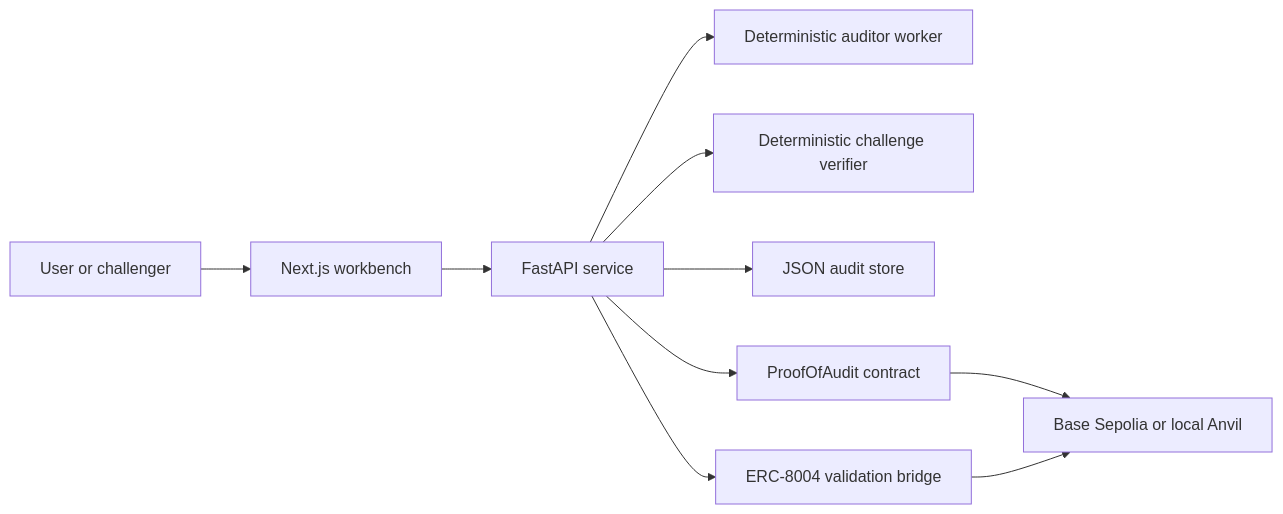
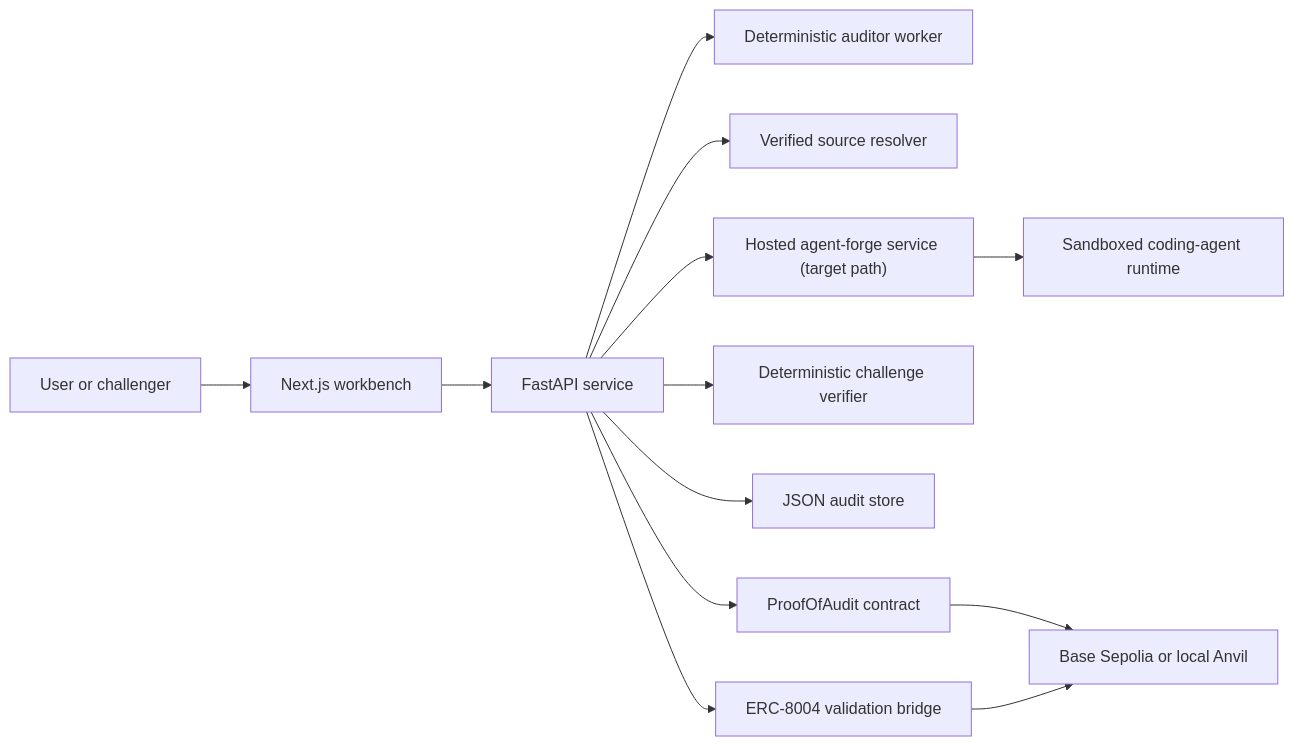
The diagram in docs/ARCHITECTURE.md (akoita/proof-of-audit), drawn with Mermaid before and after one commit. The commit also changed other lines of this file and 4 other files, not shown here.

First line of the commit message:
Define external agent-forge service contract

````diff
--- a/docs/ARCHITECTURE.md
+++ b/docs/ARCHITECTURE.md
@@ -14,12 +14,15 @@
 ```mermaid
 flowchart LR
     User["User or challenger"] --> Web["Next.js workbench"]
     Web --> API["FastAPI service"]
     API --> Worker["Deterministic auditor worker"]
+    API --> Resolver["Verified source resolver"]
+    API --> AgentForge["Hosted agent-forge service (target path)"]
     API --> Verifier["Deterministic challenge verifier"]
     API --> Store["JSON audit store"]
     API --> Contract["ProofOfAudit contract"]
     API --> Validation["ERC-8004 validation bridge"]
+    AgentForge --> Sandbox["Sandboxed coding-agent runtime"]
     Contract --> Base["Base Sepolia or local Anvil"]
     Validation --> Base
 ```
````
